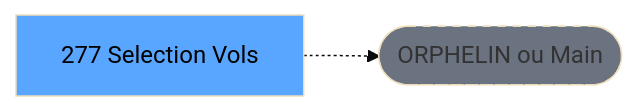
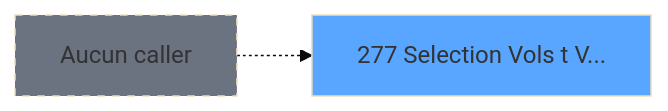
Before and after one commit to thonyAGP/magic-migration: the second of 3 diagrams in .openspec/specs/ADH-IDE-277.md, drawn with Mermaid (base theme). The commit also changed other lines of this file and 493 other files, not shown here.

````diff
--- a/.openspec/specs/ADH-IDE-277.md
+++ b/.openspec/specs/ADH-IDE-277.md
@@ -121,8 +266,8 @@
 ```mermaid
 graph LR
-    T[277 Selection Vols ]
-    ORPHAN([ORPHELIN ou Main])
-    T -.-> ORPHAN
-    style T fill:#58a6ff,color:#000
-    style ORPHAN fill:#6b7280,stroke-dasharray: 5 5
+    T277[277 Selection Vols t V...]
+    style T277 fill:#58a6ff
+    NONE[Aucun caller]
+    NONE -.-> T277
+    style NONE fill:#6b7280,stroke-dasharray: 5 5
 ```
````
